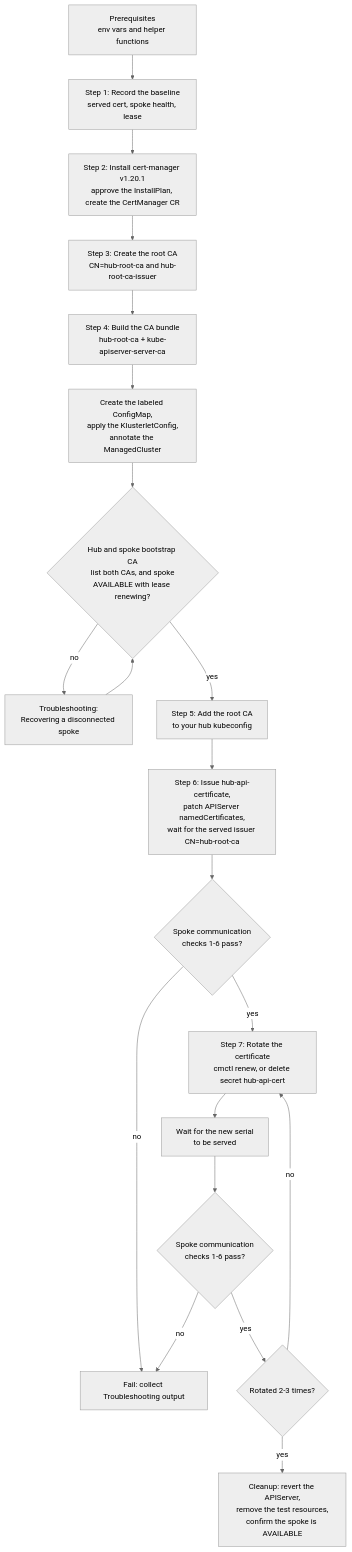
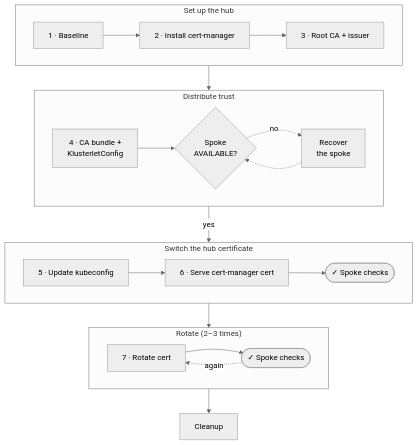
Before and after one commit to sebrandon1/cert-manager-poc: the diagram in docs/hub-spoke-cert-rotation.md, drawn with Mermaid (neutral theme). The commit also changed other lines of this file, not shown here.

Commit message:
docs: simplify flow overview chart
Group the steps into phases with short labels, and drop the failure
edges that crossed the chart; the text links to Troubleshooting instead.

````diff
--- a/docs/hub-spoke-cert-rotation.md
+++ b/docs/hub-spoke-cert-rotation.md
@@ -127,22 +128,26 @@
 ```mermaid
 flowchart TD
-    P["Prerequisites<br/>env vars and helper functions"] --> S1["Step 1: Record the baseline<br/>served cert, spoke health, lease"]
-    S1 --> S2["Step 2: Install cert-manager v1.20.1<br/>approve the InstallPlan, create the CertManager CR"]
-    S2 --> S3["Step 3: Create the root CA<br/>CN=hub-root-ca and hub-root-ca-issuer"]
-    S3 --> S4a["Step 4: Build the CA bundle<br/>hub-root-ca + kube-apiserver-server-ca"]
-    S4a --> S4b["Create the labeled ConfigMap,<br/>apply the KlusterletConfig,<br/>annotate the ManagedCluster"]
-    S4b --> S4c{"Hub and spoke bootstrap CA<br/>list both CAs, and spoke<br/>AVAILABLE with lease renewing?"}
-    S4c -- no --> R["Troubleshooting:<br/>Recovering a disconnected spoke"]
-    R --> S4c
-    S4c -- yes --> S5["Step 5: Add the root CA<br/>to your hub kubeconfig"]
-    S5 --> S6["Step 6: Issue hub-api-certificate,<br/>patch APIServer namedCertificates,<br/>wait for the served issuer CN=hub-root-ca"]
-    S6 --> C1{"Spoke communication<br/>checks 1-6 pass?"}
-    C1 -- no --> F["Fail: collect Troubleshooting output"]
-    C1 -- yes --> S7["Step 7: Rotate the certificate<br/>cmctl renew, or delete secret hub-api-cert"]
-    S7 --> S7b["Wait for the new serial<br/>to be served"]
-    S7b --> C2{"Spoke communication<br/>checks 1-6 pass?"}
-    C2 -- no --> F
-    C2 -- yes --> M{"Rotated 2-3 times?"}
-    M -- no --> S7
-    M -- yes --> CL["Cleanup: revert the APIServer,<br/>remove the test resources,<br/>confirm the spoke is AVAILABLE"]
+    subgraph setup["Set up the hub"]
+        direction LR
+        S1["1 · Baseline"] --> S2["2 · Install cert-manager"] --> S3["3 · Root CA + issuer"]
+    end
+    subgraph trust["Distribute trust"]
+        direction LR
+        S4["4 · CA bundle +<br/>KlusterletConfig"] --> V4{"Spoke<br/>AVAILABLE?"}
+        V4 -. no .-> REC["Recover<br/>the spoke"]
+        REC -.-> V4
+    end
+    subgraph swap["Switch the hub certificate"]
+        direction LR
+        S5["5 · Update kubeconfig"] --> S6["6 · Serve cert-manager cert"] --> C1(["✓ Spoke checks"])
+    end
+    subgraph rot["Rotate (2–3 times)"]
+        direction LR
+        S7["7 · Rotate cert"] --> C2(["✓ Spoke checks"])
+        C2 -. again .-> S7
+    end
+    setup --> trust
+    trust -- yes --> swap
+    swap --> rot
+    rot --> CL["Cleanup"]
 ```
````
